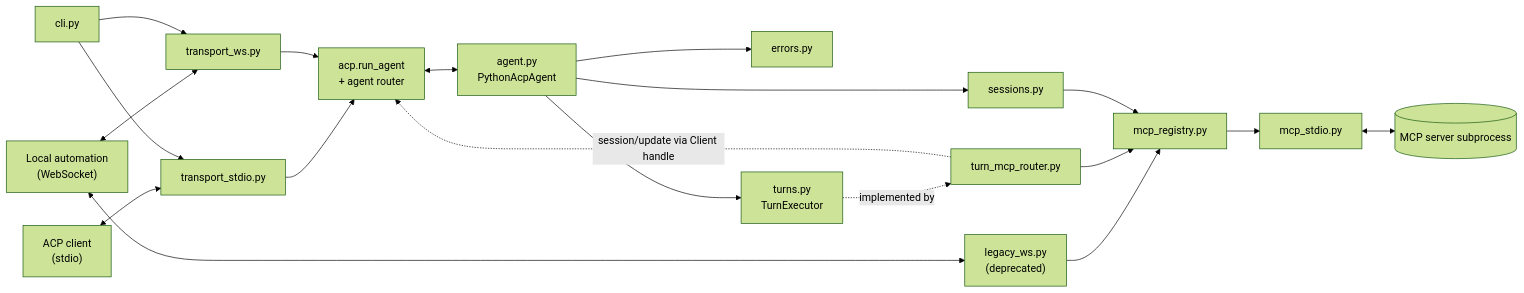
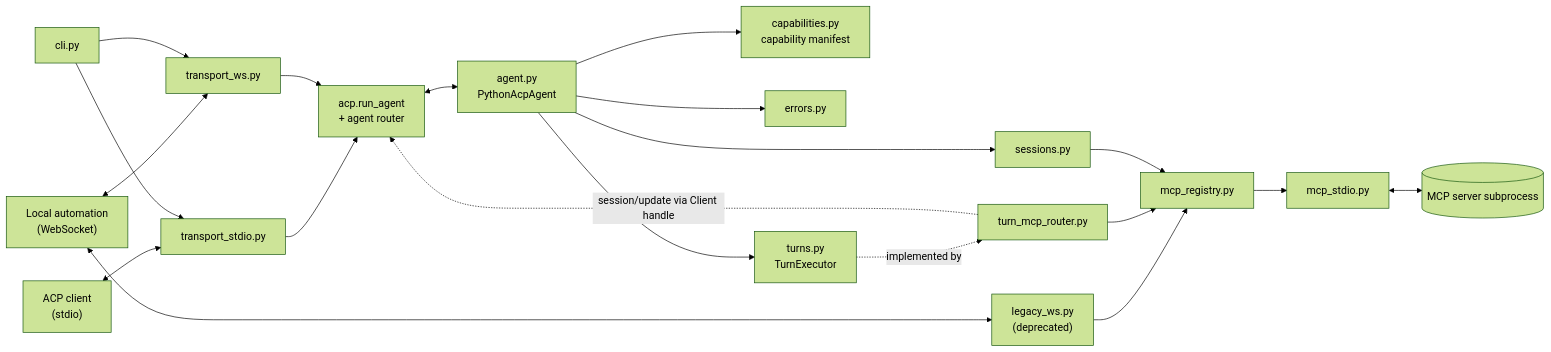
The third of 4 diagrams in ARCHITECTURE.md (Digital-Dimentia/python-acp), drawn with Mermaid (forest theme) before and after one commit. The commit also changed other lines of this file and 8 other files, not shown here.

````diff
--- a/ARCHITECTURE.md
+++ b/ARCHITECTURE.md
@@ -70,37 +80,39 @@
 ```mermaid
 flowchart LR
     Editor["ACP client<br/>(stdio)"]
     WsClient["Local automation<br/>(WebSocket)"]
     CLI["cli.py"]
     TStdio["transport_stdio.py"]
     TWs["transport_ws.py"]
     Legacy["legacy_ws.py<br/>(deprecated)"]
     SDK["acp.run_agent<br/>+ agent router"]
     Agent["agent.py<br/>PythonAcpAgent"]
+    Caps["capabilities.py<br/>capability manifest"]
     Errors["errors.py"]
     Sessions["sessions.py"]
     Turns["turns.py<br/>TurnExecutor"]
     Router["turn_mcp_router.py"]
     Registry["mcp_registry.py"]
     MCPClient["mcp_stdio.py"]
     MCPProc[("MCP server subprocess")]
 
     Editor <--> TStdio
     WsClient <--> TWs
     WsClient <--> Legacy
     CLI --> TStdio
     CLI --> TWs
     TStdio --> SDK
     TWs --> SDK
     SDK <--> Agent
+    Agent --> Caps
     Agent --> Errors
     Agent --> Sessions
     Agent --> Turns
     Turns -.implemented by.-> Router
     Legacy --> Registry
     Router --> Registry
     Sessions --> Registry
     Registry --> MCPClient
     MCPClient <--> MCPProc
     Router -. "session/update via Client handle" .-> SDK
 ```
````
